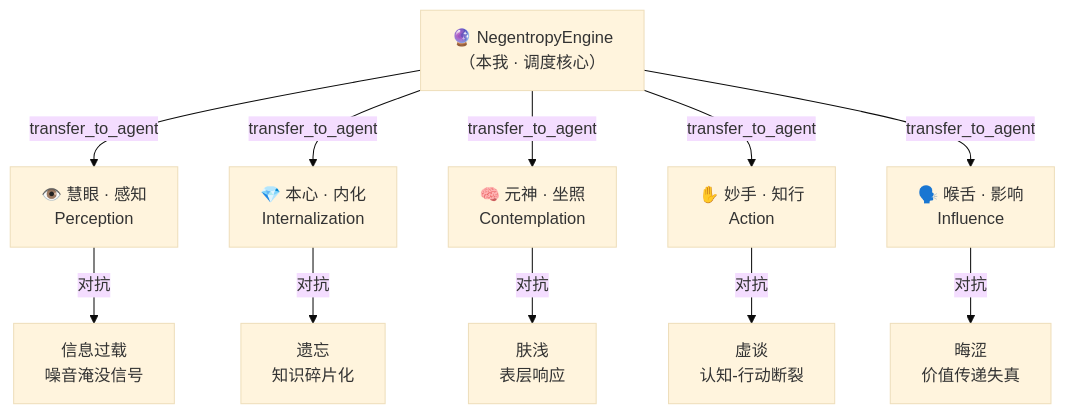
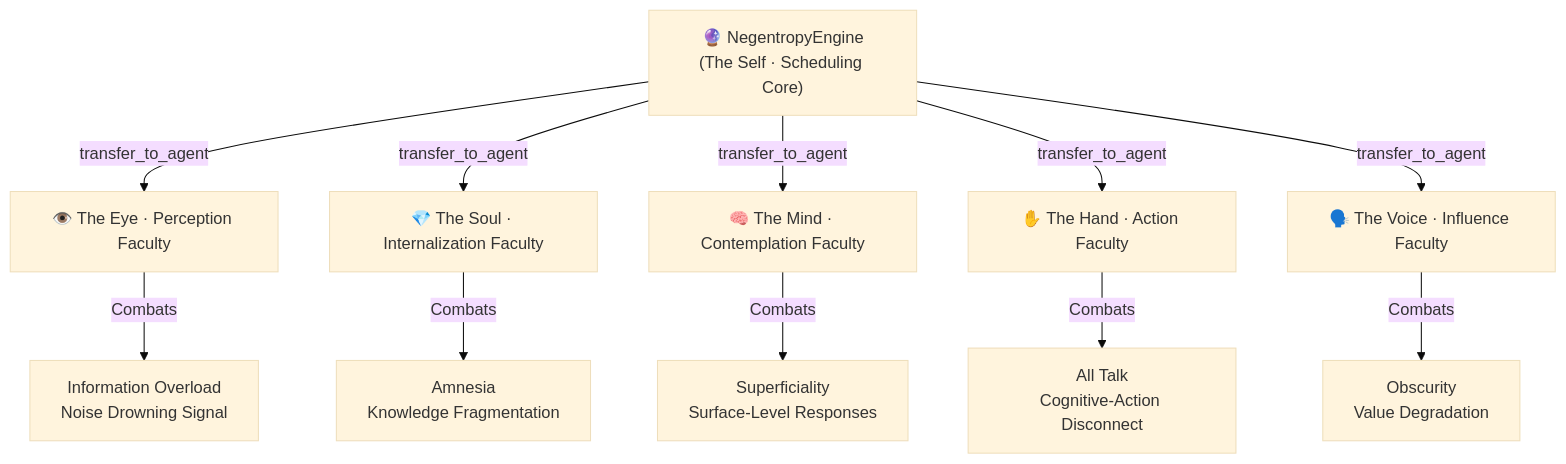
One commit to ThreeFish-AI/negentropy changed the first of 2 diagrams in README.md. Above: the diagram before and after it, drawn with Mermaid (base theme). The commit also changed other lines of this file and 1 other file, not shown here.

````diff
--- a/README.md
+++ b/README.md
@@ -38,16 +44,16 @@
 ```mermaid
 graph TB
-    Root["🔮 NegentropyEngine<br/>（本我 · 调度核心）"]
+    Root["🔮 NegentropyEngine<br/>(The Self · Scheduling Core)"]
 
-    Root -->|"transfer_to_agent"| P["👁️ 慧眼 · 感知<br/>Perception"]
-    Root -->|"transfer_to_agent"| I["💎 本心 · 内化<br/>Internalization"]
-    Root -->|"transfer_to_agent"| C["🧠 元神 · 坐照<br/>Contemplation"]
-    Root -->|"transfer_to_agent"| A["✋ 妙手 · 知行<br/>Action"]
-    Root -->|"transfer_to_agent"| Inf["🗣️ 喉舌 · 影响<br/>Influence"]
+    Root -->|"transfer_to_agent"| P["👁️ The Eye · Perception Faculty"]
+    Root -->|"transfer_to_agent"| I["💎 The Soul · Internalization Faculty"]
+    Root -->|"transfer_to_agent"| C["🧠 The Mind · Contemplation Faculty"]
+    Root -->|"transfer_to_agent"| A["✋ The Hand · Action Faculty"]
+    Root -->|"transfer_to_agent"| Inf["🗣️ The Voice · Influence Faculty"]
 
-    P -->|对抗| O["信息过载<br/>噪音淹没信号"]
-    I -->|对抗| F["遗忘<br/>知识碎片化"]
-    C -->|对抗| S["肤浅<br/>表层响应"]
-    A -->|对抗| E["虚谈<br/>认知-行动断裂"]
-    Inf -->|对抗| Obs["晦涩<br/>价值传递失真"]
+    P -->|Combats| O["Information Overload<br/>Noise Drowning Signal"]
+    I -->|Combats| F["Amnesia<br/>Knowledge Fragmentation"]
+    C -->|Combats| S["Superficiality<br/>Surface-Level Responses"]
+    A -->|Combats| E["All Talk<br/>Cognitive-Action Disconnect"]
+    Inf -->|Combats| Obs["Obscurity<br/>Value Degradation"]
 ```
````
